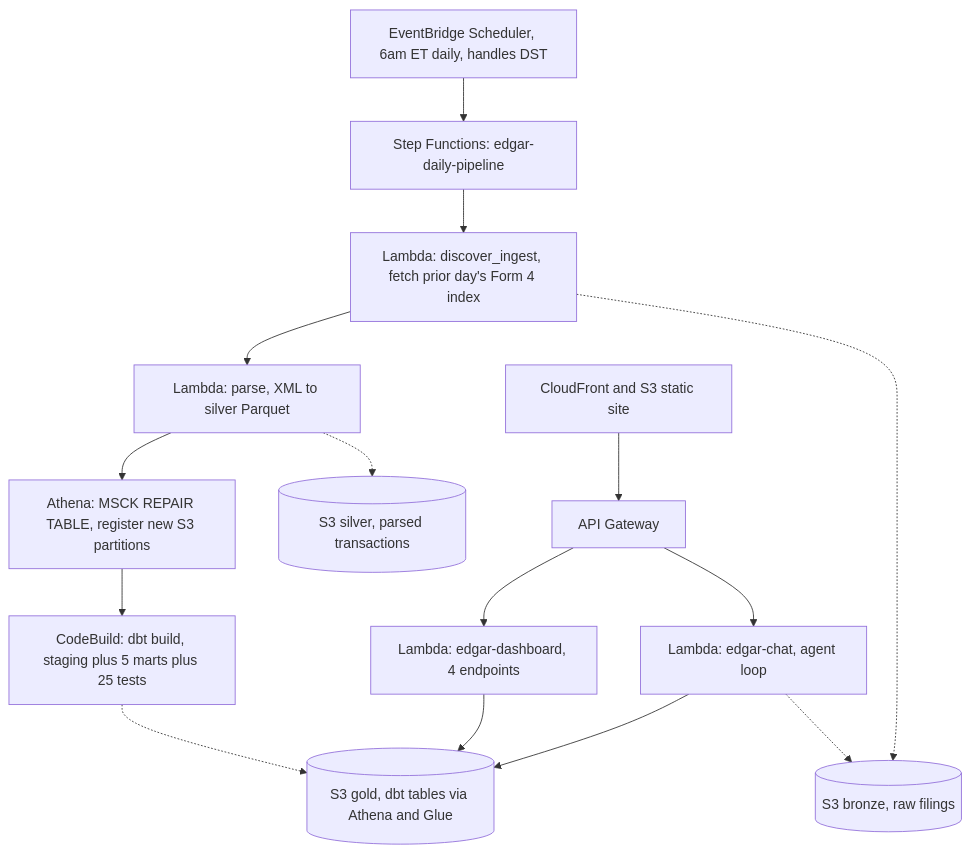
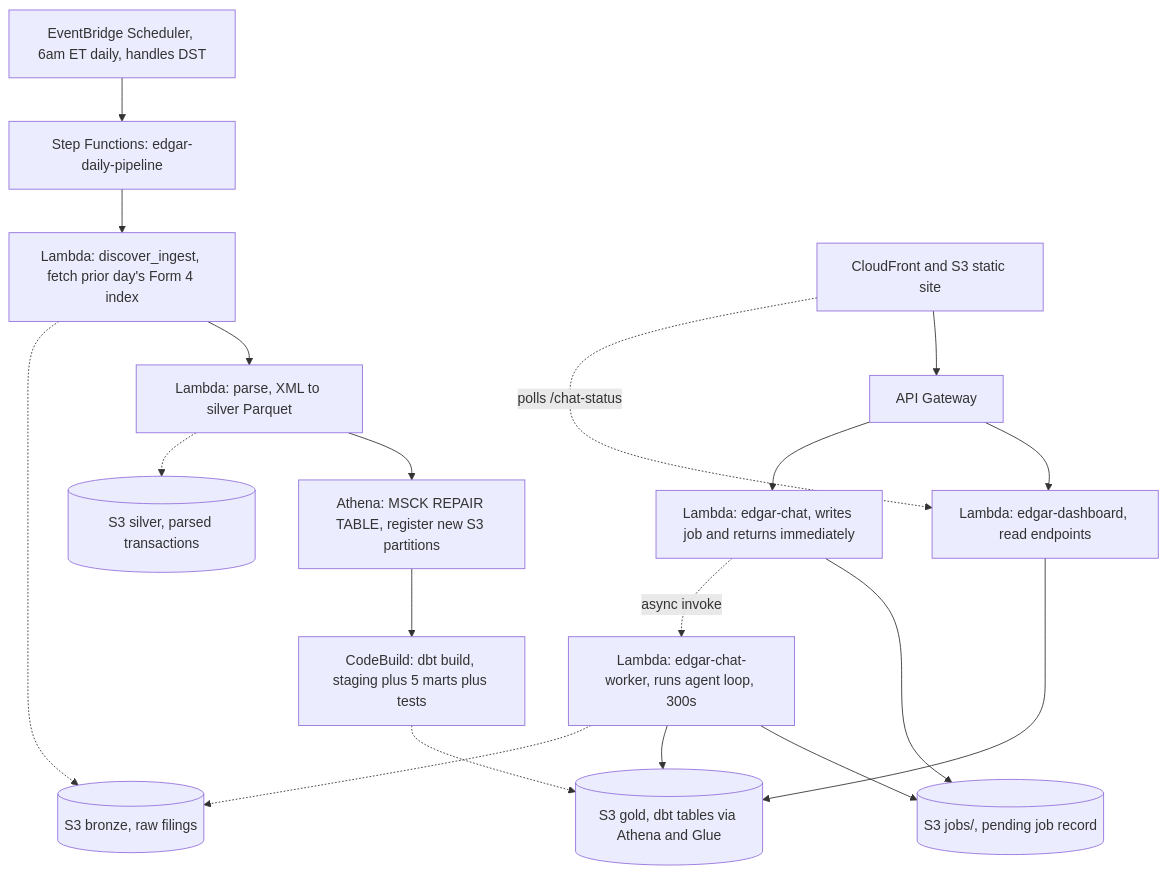
Before and after one commit to Srimurari14/edgar-insider-pipeline: the diagram in README.md, drawn with Mermaid. The commit also changed other lines of this file and 7 other files, not shown here.

````diff
--- a/README.md
+++ b/README.md
@@ -15,18 +17,22 @@
 ```mermaid
 flowchart TD
     A[EventBridge Scheduler, 6am ET daily, handles DST] --> B[Step Functions: edgar-daily-pipeline]
     B --> C[Lambda: discover_ingest, fetch prior day's Form 4 index]
     C --> D[Lambda: parse, XML to silver Parquet]
     D --> E[Athena: MSCK REPAIR TABLE, register new S3 partitions]
-    E --> F[CodeBuild: dbt build, staging plus 5 marts plus 25 tests]
+    E --> F[CodeBuild: dbt build, staging plus 5 marts plus tests]
     C -.-> S3B[(S3 bronze, raw filings)]
     D -.-> S3S[(S3 silver, parsed transactions)]
     F -.-> S3G[(S3 gold, dbt tables via Athena and Glue)]
 
     G[CloudFront and S3 static site] --> H[API Gateway]
-    H --> I[Lambda: edgar-dashboard, 4 endpoints]
-    H --> J[Lambda: edgar-chat, agent loop]
+    H --> I[Lambda: edgar-dashboard, read endpoints]
+    H --> J[Lambda: edgar-chat, writes job and returns immediately]
+    J --> JOB[(S3 jobs/, pending job record)]
+    J -. async invoke .-> K[Lambda: edgar-chat-worker, runs agent loop, 300s]
+    K --> JOB
+    G -. polls /chat-status .-> I
     I --> S3G
-    J --> S3G
-    J -.-> S3B
+    K --> S3G
+    K -.-> S3B
 ```
````
